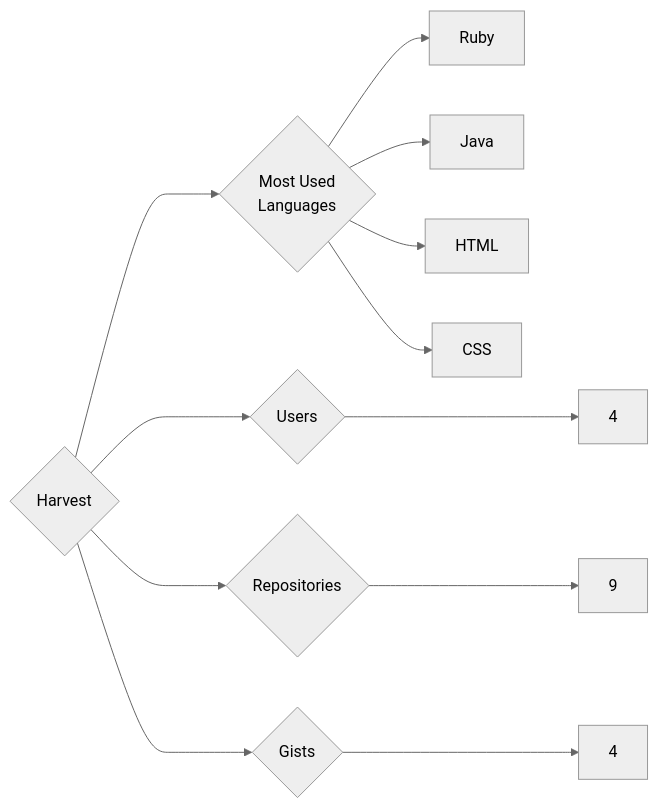
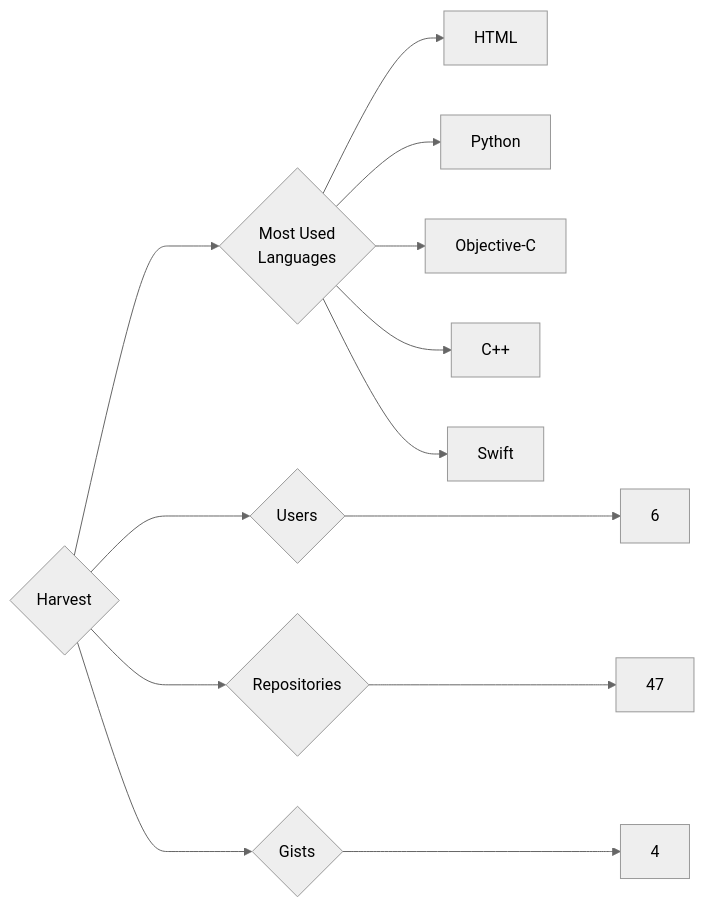
Before and after one commit to trickest/insiders: the diagram in targets/Harvest/README.md, drawn with Mermaid (neutral theme). The commit also changed 1092 other files, not shown here.

````diff
--- a/targets/Harvest/README.md
+++ b/targets/Harvest/README.md
@@ -3,12 +3,13 @@
 ```mermaid
 graph LR
 COMPANY_NAME{Harvest}
-COMPANY_NAME ---> U{Users} ---> UN[4]
-COMPANY_NAME ---> R{Repositories} ---> RN[9]
+COMPANY_NAME ---> U{Users} ---> UN[6]
+COMPANY_NAME ---> R{Repositories} ---> RN[47]
 COMPANY_NAME ---> G{Gists} ---> GN[4]
 COMPANY_NAME ---> ML{Most Used<br>Languages}
-ML --> Ruby[Ruby]
-ML --> Java[Java]
 ML --> HTML[HTML]
-ML --> CSS[CSS]
+ML --> Python[Python]
+ML --> Objective-C[Objective-C]
+ML --> C++[C++]
+ML --> Swift[Swift]
 ```
````
